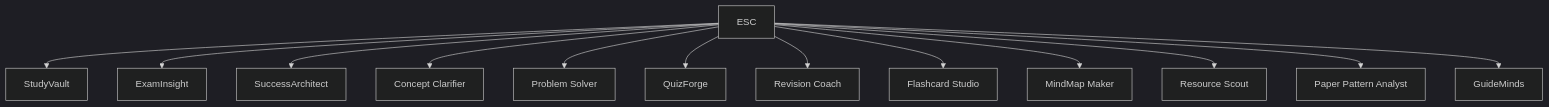
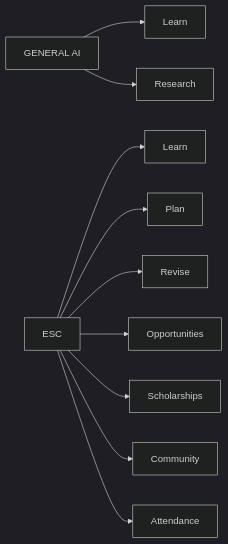
The seventh of 17 diagrams in README.md (mahik2007/hackathon), drawn with Mermaid (dark theme) before and after one commit. The commit also changed other lines of this file, not shown here.

First line of the commit message:
Revise README structure and enhance diagrams

````diff
--- a/README.md
+++ b/README.md
@@ -115,16 +164,14 @@
 ```mermaid
-flowchart TB
-E[ESC]
-E --> A1[StudyVault]
-E --> A2[ExamInsight]
-E --> A3[SuccessArchitect]
-E --> A4[Concept Clarifier]
-E --> A5[Problem Solver]
-E --> A6[QuizForge]
-E --> A7[Revision Coach]
-E --> A8[Flashcard Studio]
-E --> A9[MindMap Maker]
-E --> A10[Resource Scout]
-E --> A11[Paper Pattern Analyst]
-E --> A12[GuideMinds]
+flowchart LR
+    G[GENERAL AI]
+    G --> L[Learn]
+    G --> R[Research]
+    E[ESC]
+    E --> L2[Learn]
+    E --> P[Plan]
+    E --> V[Revise]
+    E --> O[Opportunities]
+    E --> S[Scholarships]
+    E --> C[Community]
+    E --> A[Attendance]
 ```
````
